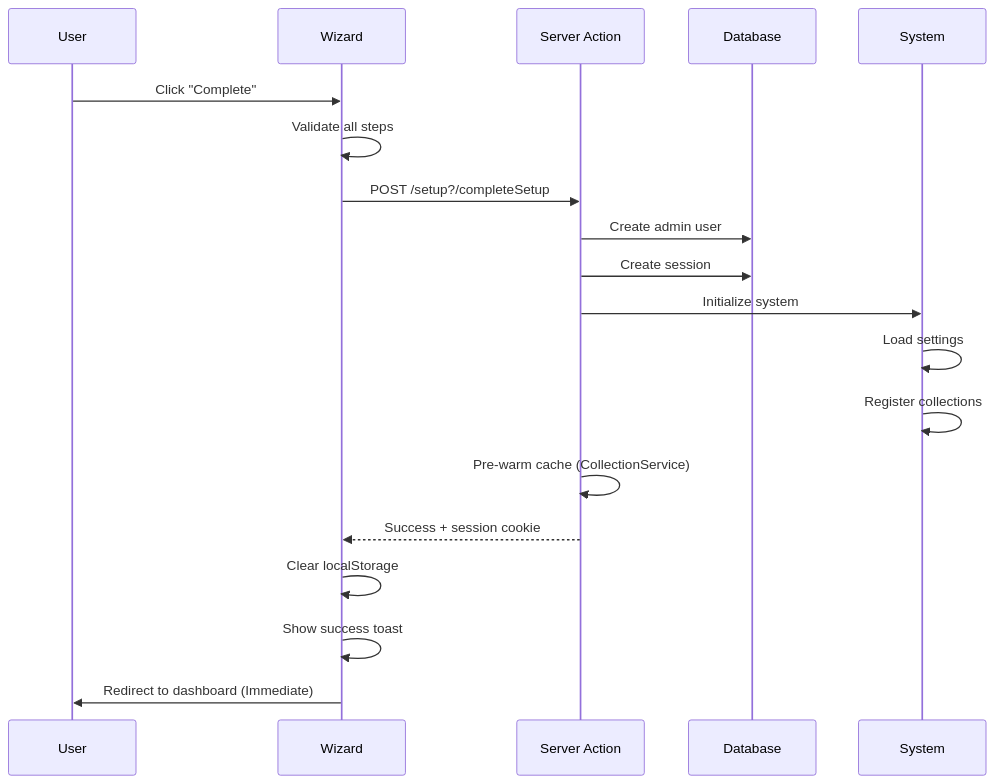
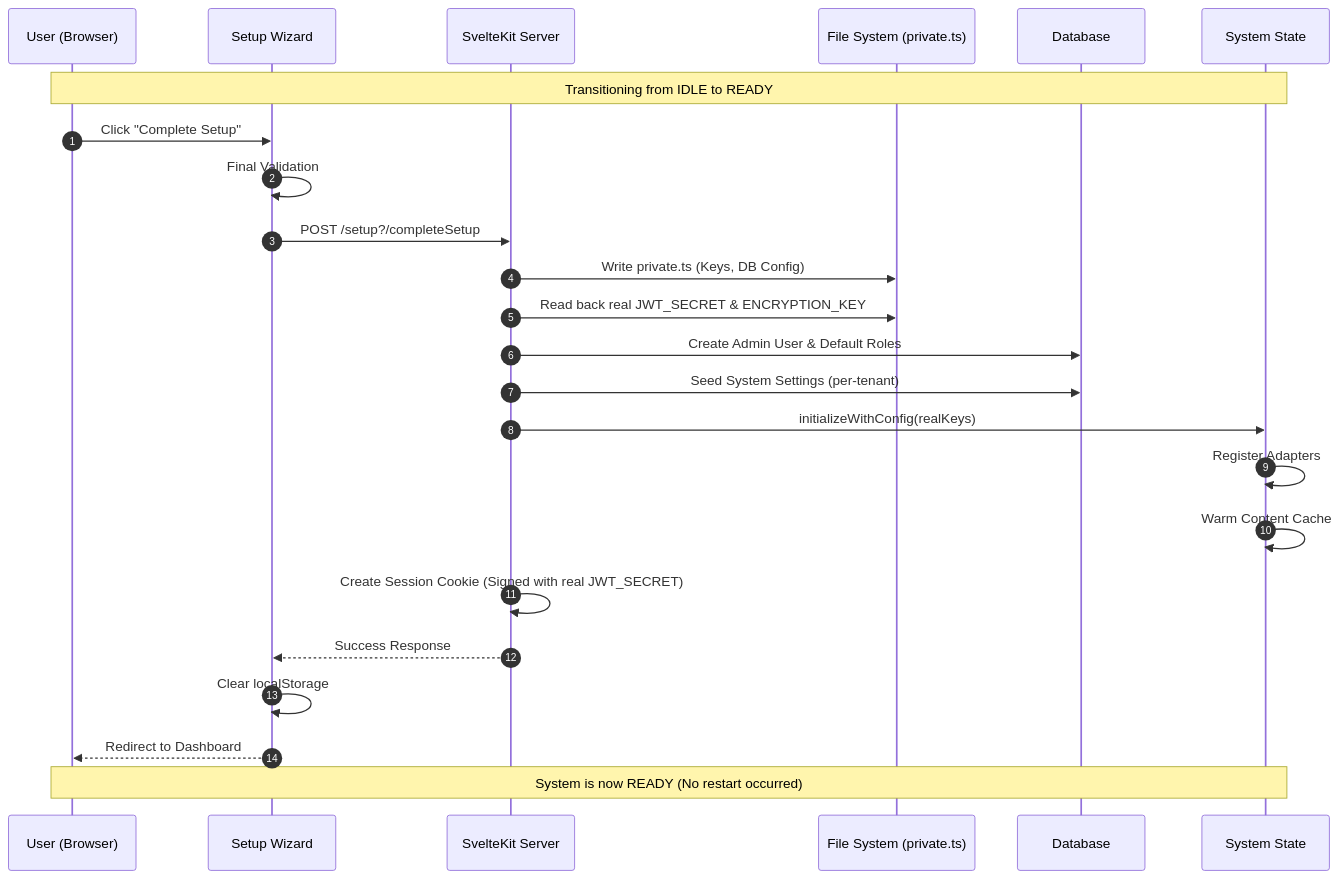
One commit to TamoorArif/SveltyCMS changed the third of 3 diagrams in docs/guides/configuration/setup-wizard.mdx. Above: the diagram before and after it, drawn with Mermaid. The commit also changed other lines of this file and 38 other files, not shown here.

````diff
--- a/docs/guides/configuration/setup-wizard.mdx
+++ b/docs/guides/configuration/setup-wizard.mdx
@@ -440,22 +460,34 @@
 ```mermaid
 sequenceDiagram
-    participant U as User
-    participant W as Wizard
-    participant Svr as Server Action
+    autonumber
+    participant U as User (Browser)
+    participant W as Setup Wizard
+    participant Svr as SvelteKit Server
+    participant FS as File System (private.ts)
     participant DB as Database
-    participant Sys as System
+    participant Sys as System State
 
-    U->>W: Click "Complete"
-    W->>W: Validate all steps
+    Note over U, Sys: Transitioning from IDLE to READY
+
+    U->>W: Click "Complete Setup"
+    W->>W: Final Validation
     W->>Svr: POST /setup?/completeSetup
-    Svr->>DB: Create admin user
-    Svr->>DB: Create session
-    Svr->>Sys: Initialize system
-    Sys->>Sys: Load settings
-    Sys->>Sys: Register collections
-    Svr->>Svr: Pre-warm cache (CollectionService)
-    Svr-->>W: Success + session cookie
+
+    Svr->>FS: Write private.ts (Keys, DB Config)
+    Svr->>FS: Read back real JWT_SECRET & ENCRYPTION_KEY
+
+    Svr->>DB: Create Admin User & Default Roles
+    Svr->>DB: Seed System Settings (per-tenant)
+
+    Svr->>Sys: initializeWithConfig(realKeys)
+    Sys->>Sys: Register Adapters
+    Sys->>Sys: Warm Content Cache
+
+    Svr->>Svr: Create Session Cookie (Signed with real JWT_SECRET)
+
+    Svr-->>W: Success Response
     W->>W: Clear localStorage
-    W->>W: Show success toast
-    W->>U: Redirect to dashboard (Immediate)
+    W-->>U: Redirect to Dashboard
+
+    Note over U, Sys: System is now READY (No restart occurred)
 ```
````
